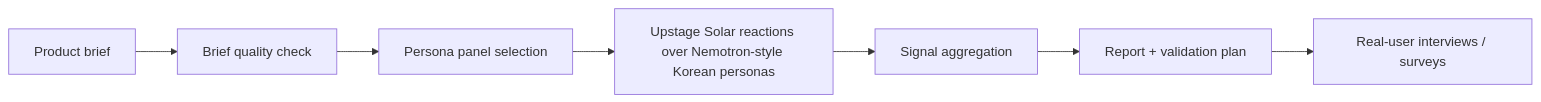
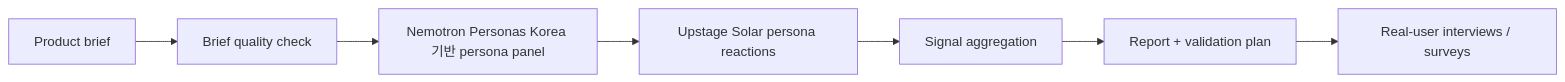
Before and after one commit to choihyun-1110/hynix-pe-simulation: the diagram in README.md, drawn with Mermaid. The commit also changed other lines of this file and 1 other file, not shown here.

Commit message:
Add Korean default and English README

````diff
--- a/README.md
+++ b/README.md
@@ -53,9 +57,9 @@
 ```mermaid
 flowchart LR
   A[Product brief] --> B[Brief quality check]
-  B --> C[Persona panel selection]
-  C --> D[Upstage Solar reactions over Nemotron-style Korean personas]
+  B --> C[Nemotron Personas Korea 기반 persona panel]
+  C --> D[Upstage Solar persona reactions]
   D --> E[Signal aggregation]
   E --> F[Report + validation plan]
   F --> G[Real-user interviews / surveys]
 ```
````
